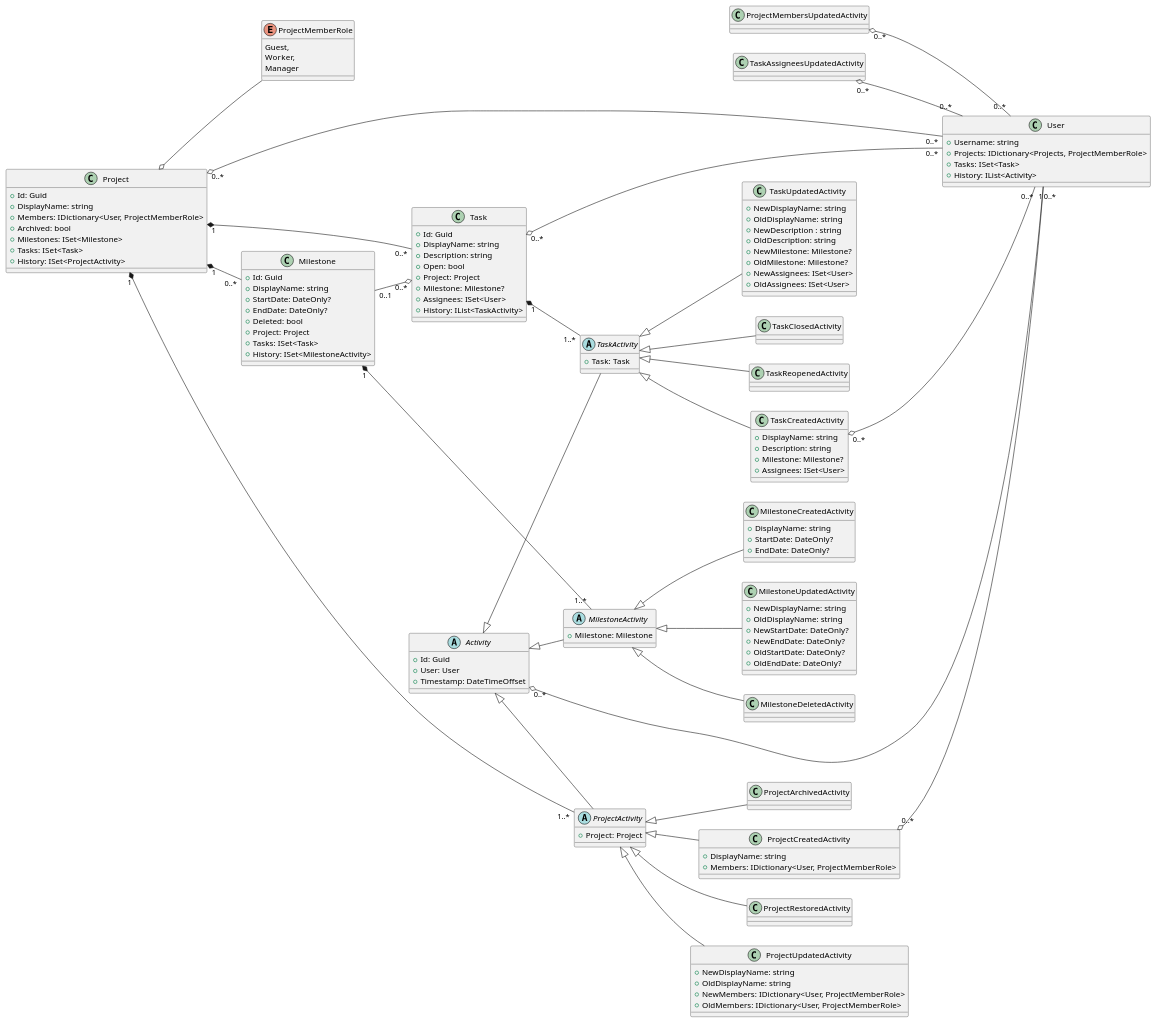
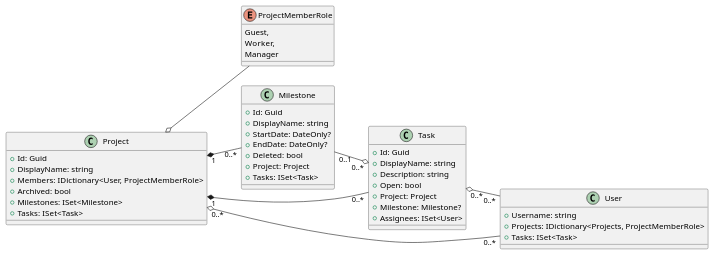
The diagram in doc/uml/classes.puml (Kr0oked/DotnetProjectManagement), drawn with PlantUML before and after one commit. The commit also changed 95 other files, not shown here.

```diff
--- a/doc/uml/classes.puml
+++ b/doc/uml/classes.puml
@@ -1,145 +1,54 @@
 @startuml
 left to right direction
 
 class Project {
     + Id: Guid
     + DisplayName: string
     + Members: IDictionary<User, ProjectMemberRole>
     + Archived: bool
     + Milestones: ISet<Milestone>
     + Tasks: ISet<Task>
-    + History: ISet<ProjectActivity>
 }
 
 enum ProjectMemberRole {
     Guest,
     Worker,
     Manager
 }
 
 class Milestone {
     + Id: Guid
     + DisplayName: string
     + StartDate: DateOnly?
     + EndDate: DateOnly?
     + Deleted: bool
     + Project: Project
     + Tasks: ISet<Task>
-    + History: ISet<MilestoneActivity>
 }
 
 class Task {
     + Id: Guid
     + DisplayName: string
     + Description: string
     + Open: bool
     + Project: Project
     + Milestone: Milestone?
     + Assignees: ISet<User>
-    + History: IList<TaskActivity>
-}
-
-abstract class Activity {
-    + Id: Guid
-    + User: User
-    + Timestamp: DateTimeOffset
-}
-
-abstract class ProjectActivity extends Activity {
-    + Project: Project
-}
-
-class ProjectCreatedActivity extends ProjectActivity {
-    + DisplayName: string
-    + Members: IDictionary<User, ProjectMemberRole>
-}
-
-class ProjectUpdatedActivity extends ProjectActivity {
-    + NewDisplayName: string
-    + OldDisplayName: string
-    + NewMembers: IDictionary<User, ProjectMemberRole>
-    + OldMembers: IDictionary<User, ProjectMemberRole>
-}
-
-class ProjectArchivedActivity extends ProjectActivity {
-}
-
-class ProjectRestoredActivity extends ProjectActivity {
-}
-
-abstract class MilestoneActivity extends Activity {
-    + Milestone: Milestone
-}
-
-class MilestoneCreatedActivity extends MilestoneActivity {
-    + DisplayName: string
-    + StartDate: DateOnly?
-    + EndDate: DateOnly?
-}
-
-class MilestoneUpdatedActivity extends MilestoneActivity {
-    + NewDisplayName: string
-    + OldDisplayName: string
-    + NewStartDate: DateOnly?
-    + NewEndDate: DateOnly?
-    + OldStartDate: DateOnly?
-    + OldEndDate: DateOnly?
-}
-
-class MilestoneDeletedActivity extends MilestoneActivity {
-}
-
-abstract class TaskActivity extends Activity {
-    + Task: Task
-}
-
-class TaskCreatedActivity extends TaskActivity {
-    + DisplayName: string
-    + Description: string
-    + Milestone: Milestone?
-    + Assignees: ISet<User>
-}
-
-class TaskUpdatedActivity extends TaskActivity {
-    + NewDisplayName: string
-    + OldDisplayName: string
-    + NewDescription : string
-    + OldDescription: string
-    + NewMilestone: Milestone?
-    + OldMilestone: Milestone?
-    + NewAssignees: ISet<User>
-    + OldAssignees: ISet<User>
-}
-
-class TaskClosedActivity extends TaskActivity {
-}
-
-class TaskReopenedActivity extends TaskActivity {
 }
 
 class User {
     + Username: string
     + Projects: IDictionary<Projects, ProjectMemberRole>
     + Tasks: ISet<Task>
-    + History: IList<Activity>
 }
 
 Project "1" *-- "0..*" Milestone
 Project "1" *-- "0..*" Task
-Project "1" *-- "1..*" ProjectActivity
 Project "0..*" o-- "0..*" User
 Project o-- ProjectMemberRole
 
 Milestone "0..1" --o "0..*" Task
-Milestone "1" *-- "1..*" MilestoneActivity
 
-Task "1" *-- "1..*" TaskActivity
 Task "0..*" o-- "0..*" User
 
-Activity "0..*"  o-- "1" User
-ProjectCreatedActivity "0..*" o-- "0..*" User
-ProjectMembersUpdatedActivity "0..*" o-- "0..*" User
-TaskCreatedActivity "0..*" o-- "0..*" User
-TaskAssigneesUpdatedActivity "0..*" o-- "0..*" User
-
 @enduml
```
